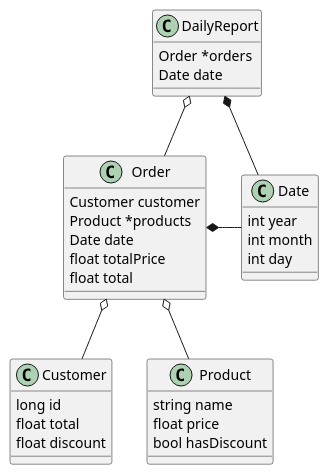
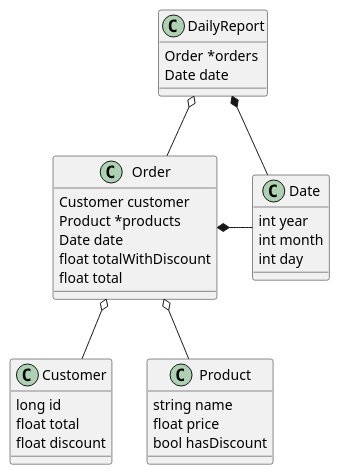
Before and after one commit to CyanoFresh/oop-coursework-s3: the diagram in diagram.puml, drawn with PlantUML. The commit also changed 13 other files, not shown here.

```diff
--- a/diagram.puml
+++ b/diagram.puml
@@ -1,41 +1,41 @@
 @startuml
 
 class Date {
     int year
     int month
     int day
 }
 
 class Customer {
     long id
     float total
     float discount
 }
 
 class Product {
     string name
     float price
     bool hasDiscount
 }
 
 class Order {
     Customer customer
     Product *products
     Date date
-    float totalPrice
+    float totalWithDiscount
     float total
 }
 
 class DailyReport {
     Order *orders
     Date date
 }
 
 Order *- Date
 Order o-- Product
 Order o-- Customer
 
 DailyReport o-- Order
 DailyReport *-- Date
 
 @enduml
```
